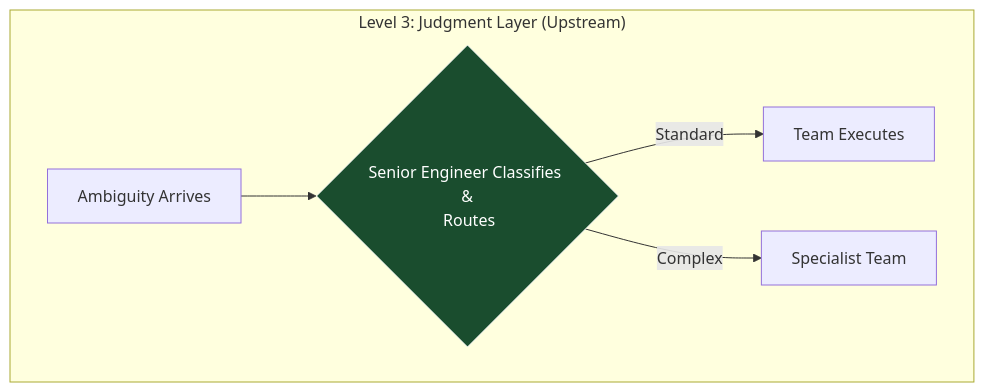
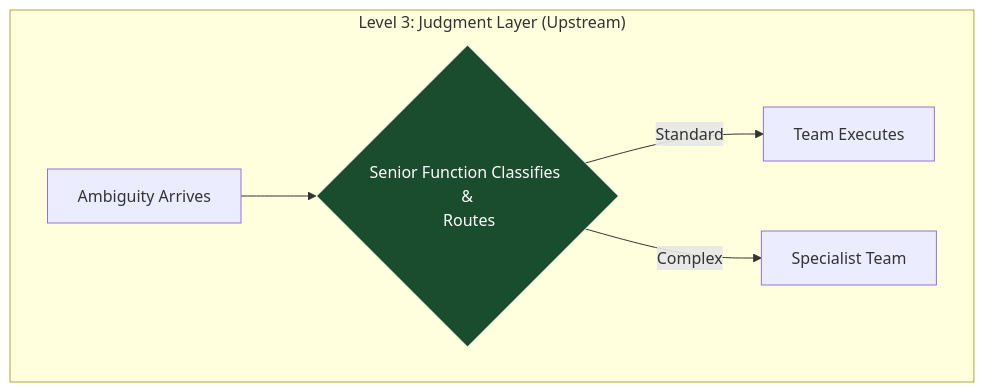
The third of 3 diagrams in _posts/2026-04-29-the-attending-architect.md (Shelbournator/thoughts), drawn with Mermaid before and after one commit. The commit also changed other lines of this file, not shown here.

````diff
--- a/_posts/2026-04-29-the-attending-architect.md
+++ b/_posts/2026-04-29-the-attending-architect.md
@@ -115,10 +115,10 @@
 ```mermaid
 graph TD
     subgraph "Level 3: Judgment Layer (Upstream)"
-        J1["Ambiguity Arrives"] --> J2{"Senior Engineer Classifies &<br> Routes"}
+        J1["Ambiguity Arrives"] --> J2{"Senior Function Classifies &<br> Routes"}
         J2 -->|Standard| J3["Team Executes"]
         J2 -->|Complex| J4["Specialist Team"]
     end
 
     style J2 fill:#1a4d2e,stroke:#fff,color:#fff
 ```
````
